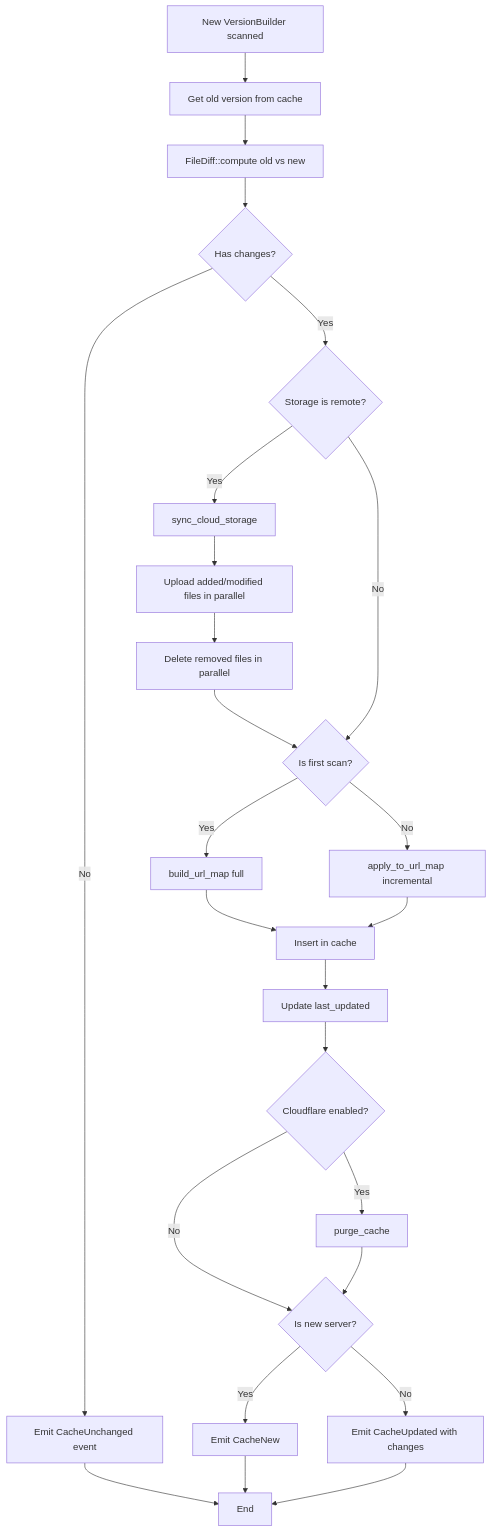
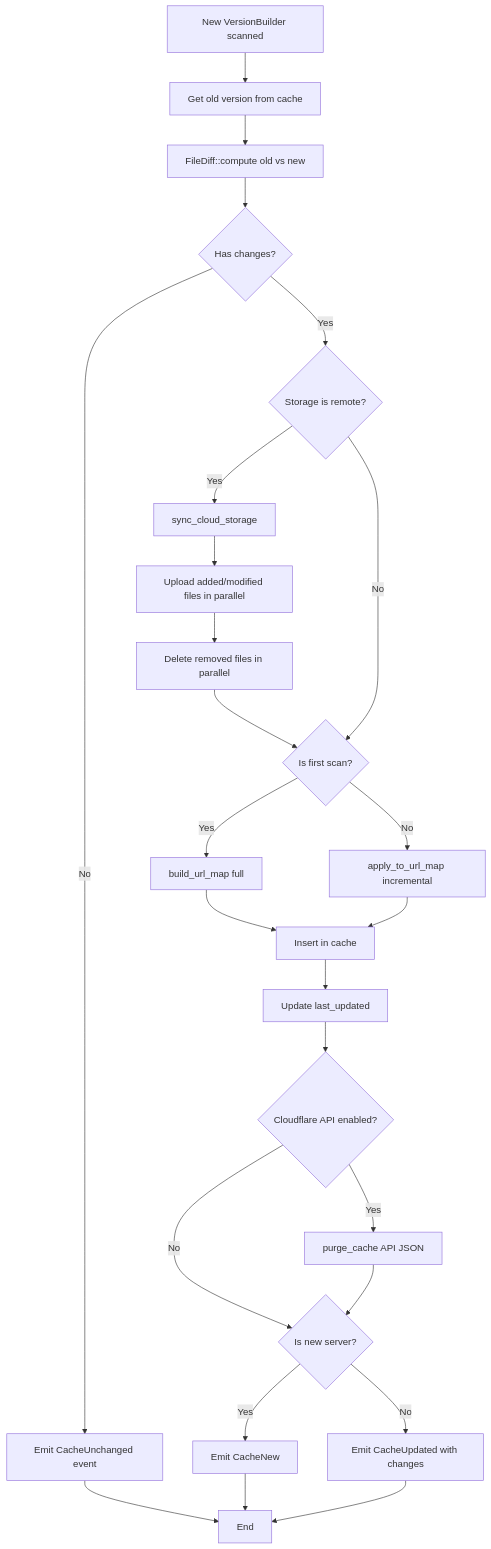
Before and after one commit to Lighty-Launcher/LightyUpdater: the sixth of 9 diagrams in crates/cache/docs/rescan.md, drawn with Mermaid. The commit also changed other lines of this file and 13 other files, not shown here.

````diff
--- a/crates/cache/docs/rescan.md
+++ b/crates/cache/docs/rescan.md
@@ -249,39 +250,39 @@
 ```mermaid
 graph TD
     Start[New VersionBuilder scanned] --> GetOld[Get old version from cache]
     GetOld --> ComputeDiff[FileDiff::compute old vs new]
 
     ComputeDiff --> CheckChanges{Has changes?}
 
     CheckChanges -->|No| EmitUnchanged[Emit CacheUnchanged event]
     EmitUnchanged --> End[End]
 
     CheckChanges -->|Yes| CheckStorage{Storage is remote?}
 
     CheckStorage -->|Yes| SyncCloud[sync_cloud_storage]
     SyncCloud --> UploadMod[Upload added/modified files in parallel]
     UploadMod --> DeleteRem[Delete removed files in parallel]
     DeleteRem --> CheckNew
 
     CheckStorage -->|No| CheckNew{Is first scan?}
 
     CheckNew -->|Yes| FullBuild[build_url_map full]
     CheckNew -->|No| Incremental[apply_to_url_map incremental]
 
     FullBuild --> UpdateCache[Insert in cache]
     Incremental --> UpdateCache
 
     UpdateCache --> UpdateTimestamp[Update last_updated]
-    UpdateTimestamp --> PurgeCF{Cloudflare enabled?}
+    UpdateTimestamp --> PurgeCFAPI{Cloudflare API enabled?}
 
-    PurgeCF -->|Yes| CallPurge[purge_cache]
-    PurgeCF -->|No| EmitEvent
+    PurgeCFAPI -->|Yes| CallPurgeAPI[purge_cache API JSON]
+    PurgeCFAPI -->|No| EmitEvent
 
-    CallPurge --> EmitEvent{Is new server?}
+    CallPurgeAPI --> EmitEvent{Is new server?}
 
     EmitEvent -->|Yes| EmitNew[Emit CacheNew]
     EmitEvent -->|No| EmitUpdated[Emit CacheUpdated with changes]
 
     EmitNew --> End
     EmitUpdated --> End
 ```
````
